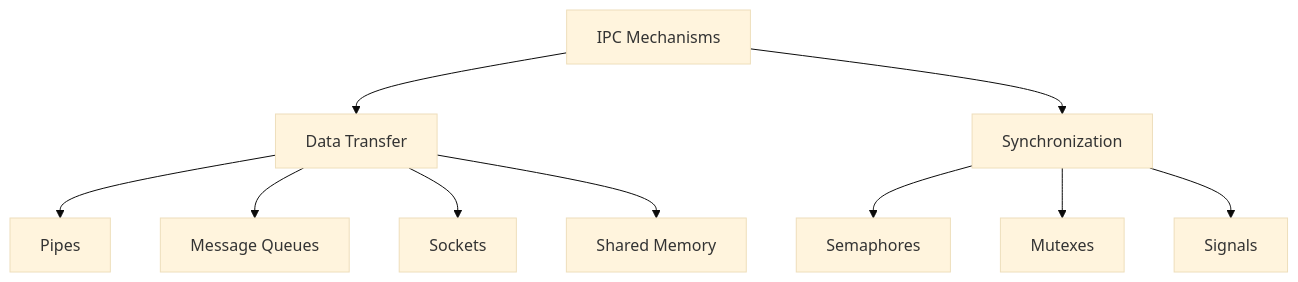
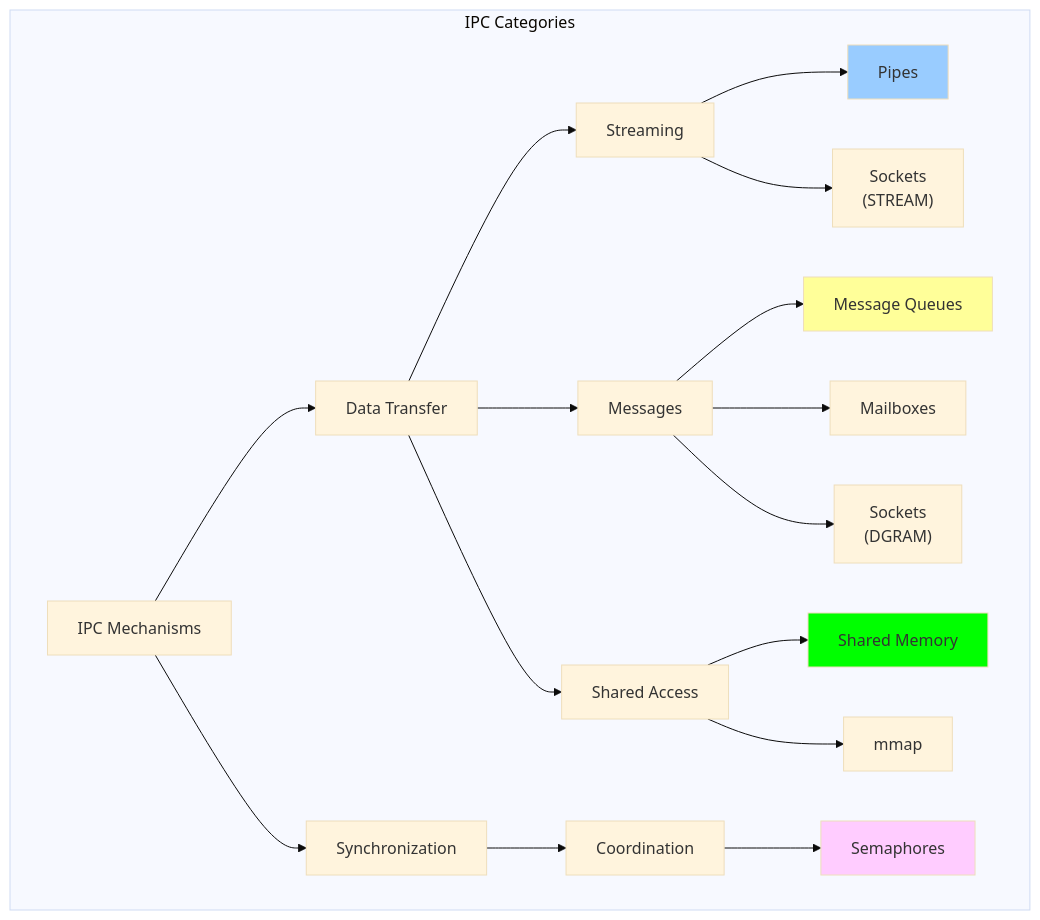
One commit to MoussaabBadla/interprocess-communication changed the first of 6 diagrams in ipc_crash_course.md. Above: the diagram before and after it, drawn with Mermaid (base theme). The commit also changed other lines of this file, not shown here.

Commit message:
ipc crash course version

````diff
--- a/ipc_crash_course.md
+++ b/ipc_crash_course.md
@@ -26,14 +20,32 @@
 ```mermaid
 graph TB
-    A[IPC Mechanisms] --> B[Data Transfer]
-    A --> C[Synchronization]
+    subgraph "IPC Categories"
+        A[IPC Mechanisms]
 
-    B --> D[Pipes]
-    B --> E[Message Queues]
-    B --> F[Sockets]
-    B --> G[Shared Memory]
+        A --> B[Data Transfer]
+        A --> C[Synchronization]
 
-    C --> H[Semaphores]
-    C --> I[Mutexes]
-    C --> J[Signals]
+        B --> D[Streaming]
+        B --> E[Messages]
+        B --> F[Shared Access]
+
+        C --> G[Coordination]
+
+        D --> Pipes
+        D --> Sockets_Stream["Sockets<br/>(STREAM)"]
+
+        E --> MQ[Message Queues]
+        E --> Mailboxes
+        E --> Sockets_Msg["Sockets<br/>(DGRAM)"]
+
+        F --> SHM[Shared Memory]
+        F --> MMap[mmap]
+
+        G --> Semaphores
+    end
+
+    style SHM fill:#0f0
+    style Pipes fill:#9cf
+    style MQ fill:#ff9
+    style Semaphores fill:#fcf
 ```
````
